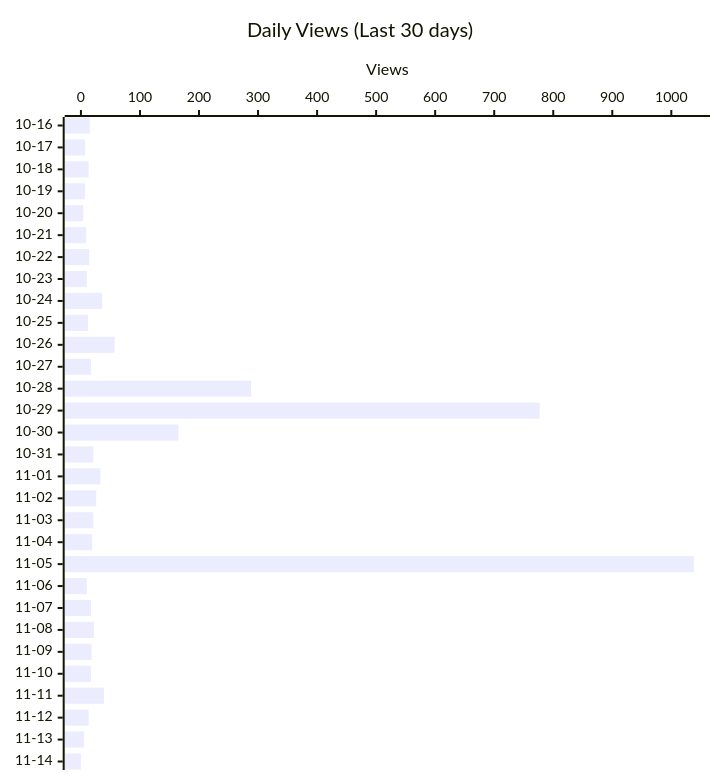
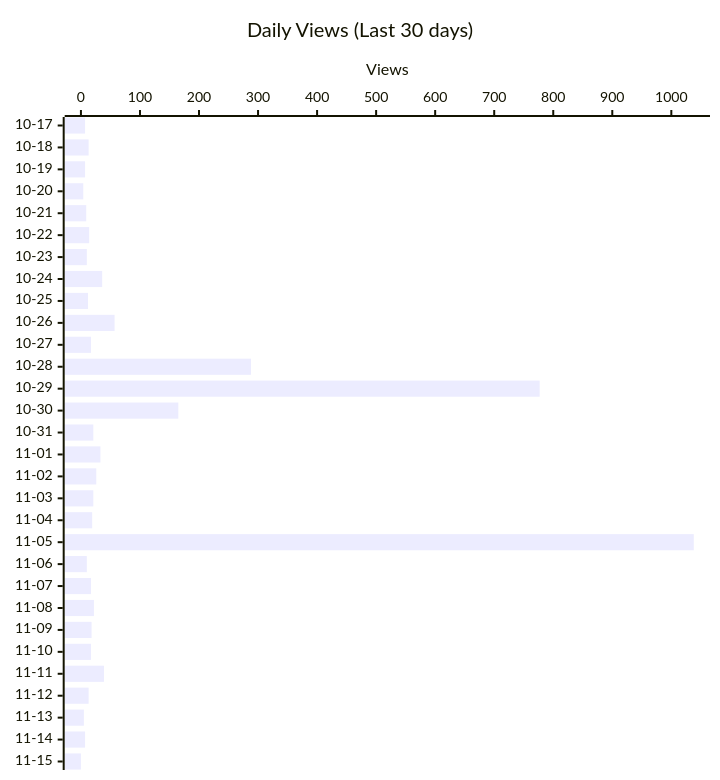
One commit to shigechika/github-insights changed the second of 4 diagrams in README.md. Above: the diagram before and after it, drawn with Mermaid. The commit also changed other lines of this file and 1 other file, not shown here.

````diff
--- a/README.md
+++ b/README.md
@@ -28,12 +28,12 @@
 ```mermaid
 ---
 config:
   xyChart:
     height: 760
 ---
 xychart-beta horizontal
     title "Daily Views (Last 30 days)"
-    x-axis ["10-16", "10-17", "10-18", "10-19", "10-20", "10-21", "10-22", "10-23", "10-24", "10-25", "10-26", "10-27", "10-28", "10-29", "10-30", "10-31", "11-01", "11-02", "11-03", "11-04", "11-05", "11-06", "11-07", "11-08", "11-09", "11-10", "11-11", "11-12", "11-13", "11-14"]
+    x-axis ["10-17", "10-18", "10-19", "10-20", "10-21", "10-22", "10-23", "10-24", "10-25", "10-26", "10-27", "10-28", "10-29", "10-30", "10-31", "11-01", "11-02", "11-03", "11-04", "11-05", "11-06", "11-07", "11-08", "11-09", "11-10", "11-11", "11-12", "11-13", "11-14", "11-15"]
     y-axis "Views"
-    bar [15, 7, 13, 7, 4, 9, 14, 10, 36, 12, 57, 17, 288, 777, 165, 21, 33, 26, 21, 19, 1038, 10, 17, 22, 18, 17, 39, 13, 5, 0]
+    bar [7, 13, 7, 4, 9, 14, 10, 36, 12, 57, 17, 288, 777, 165, 21, 33, 26, 21, 19, 1038, 10, 17, 22, 18, 17, 39, 13, 5, 7, 0]
 ```
````
